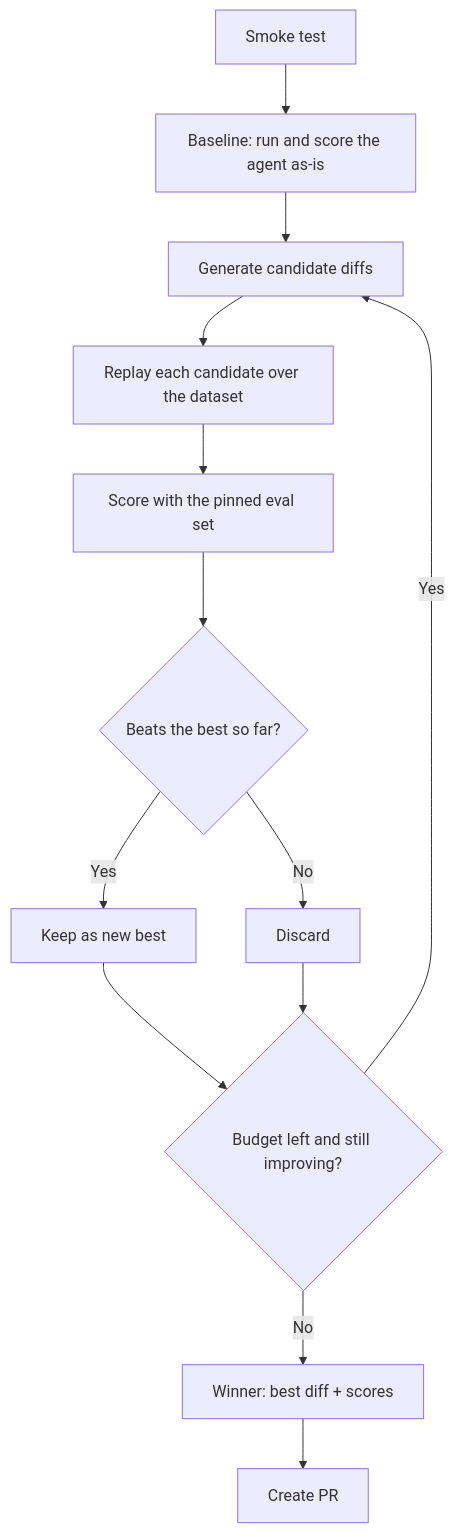
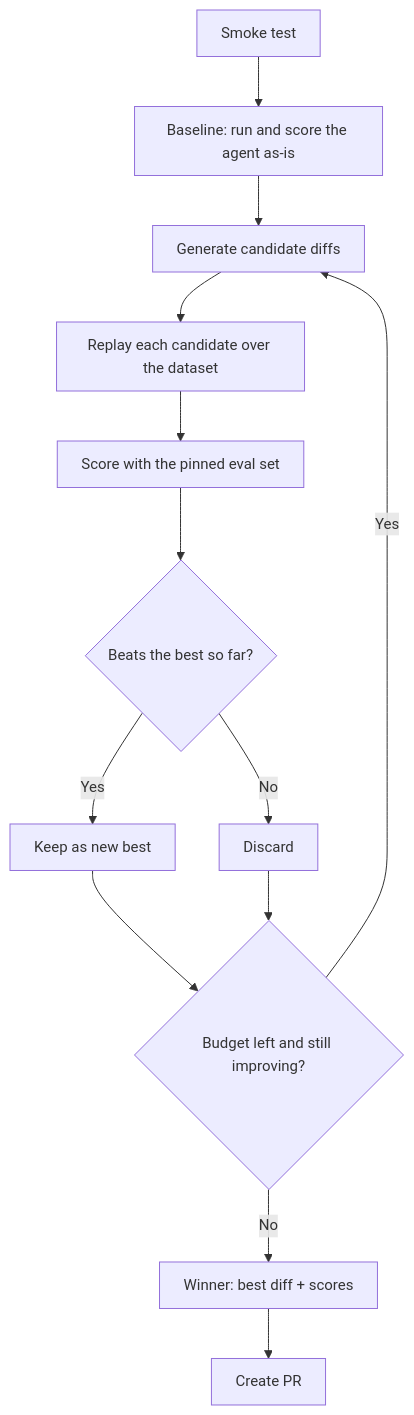
One commit to overmind-core/docs changed the diagram in agent-testing/optimizers.mdx. Above: the diagram before and after it, drawn with Mermaid. The commit also changed 7 other files, not shown here.

First line of the commit message:
Deepen the brand pass: type, code, sidebar, diagrams, and a richer TOC

````diff
--- a/agent-testing/optimizers.mdx
+++ b/agent-testing/optimizers.mdx
@@ -37,15 +37,16 @@
 ```mermaid
+%%{init: {"flowchart": {"nodeSpacing": 44, "rankSpacing": 50, "padding": 12, "curve": "basis"}, "themeVariables": {"fontSize": "15px", "fontFamily": "PP Neue Montreal, system-ui, sans-serif"}}}%%
 flowchart TD
     S[Smoke test] --> B[Baseline: run and score the agent as-is]
     B --> G[Generate candidate diffs]
     G --> R[Replay each candidate over the dataset]
     R --> SC[Score with the pinned eval set]
     SC --> D{Beats the best so far?}
     D -->|Yes| K[Keep as new best]
     D -->|No| X[Discard]
     K --> P{Budget left and still improving?}
     X --> P
     P -->|Yes| G
     P -->|No| W[Winner: best diff + scores]
     W --> PR[Create PR]
 ```
````
